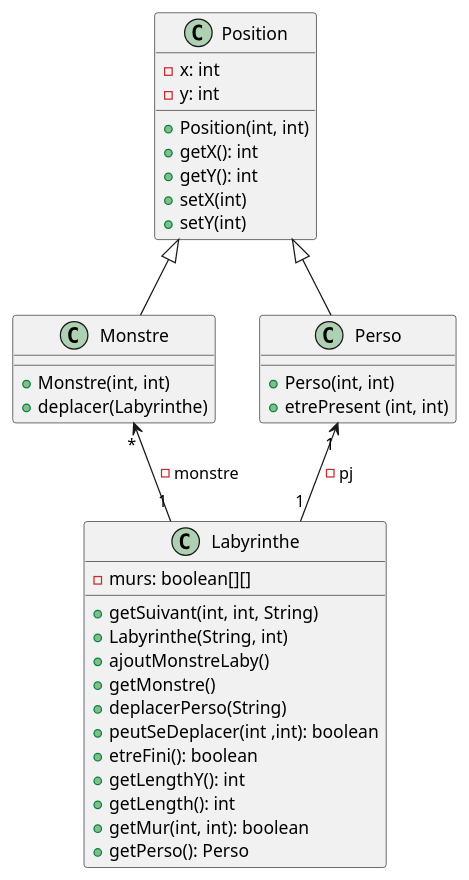
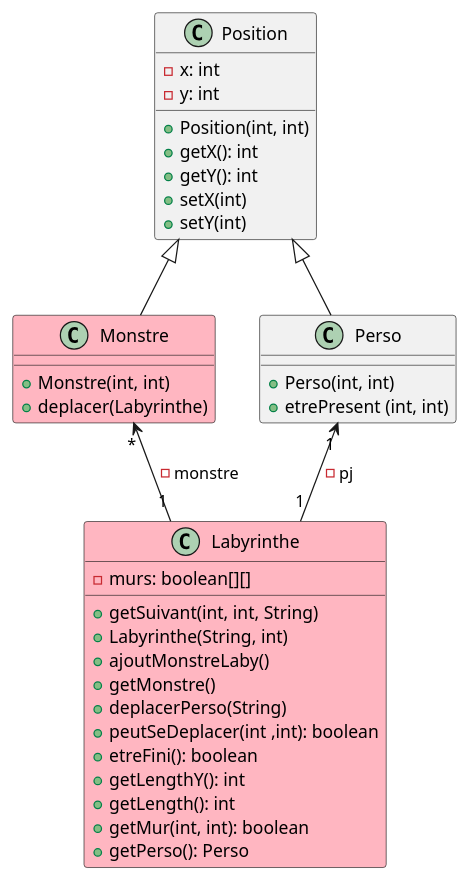
One commit to Erwanquilliou/2024_Zeldiablo_quilliou2u_leveque58u changed the diagram in zeldiablo/documents/version_1/diagclass_monstreDeplacementAleatoire.puml. Above: the diagram before and after it, drawn with PlantUML. The commit also changed 6 other files, not shown here.

```diff
--- a/zeldiablo/documents/version_1/diagclass_monstreDeplacementAleatoire.puml
+++ b/zeldiablo/documents/version_1/diagclass_monstreDeplacementAleatoire.puml
@@ -1,45 +1,45 @@
 @startuml
 
 class Position{
 - x: int
 - y: int
 + Position(int, int)
 + getX(): int
 + getY(): int
 + setX(int)
 + setY(int)
 }
 
 Position <|-- Monstre
 
-class Monstre{
+class Monstre #FFB6C1{
 + Monstre(int, int)
 + deplacer(Labyrinthe)
 }
 
 Position <|-- Perso
 
 class Perso{
 + Perso(int, int)
 + etrePresent (int, int)
 }
 
 Monstre "*" <-- "1" Labyrinthe : -monstre
 Perso "1" <-- "1" Labyrinthe : - pj
 
-class Labyrinthe{
+class Labyrinthe #FFB6C1{
 - murs: boolean[][]
 + getSuivant(int, int, String)
 + Labyrinthe(String, int)
 + ajoutMonstreLaby()
 + getMonstre()
 + deplacerPerso(String)
 + peutSeDeplacer(int ,int): boolean
 + etreFini(): boolean
 + getLengthY(): int
 + getLength(): int
 + getMur(int, int): boolean
 + getPerso(): Perso
 }
 
 @enduml
```
